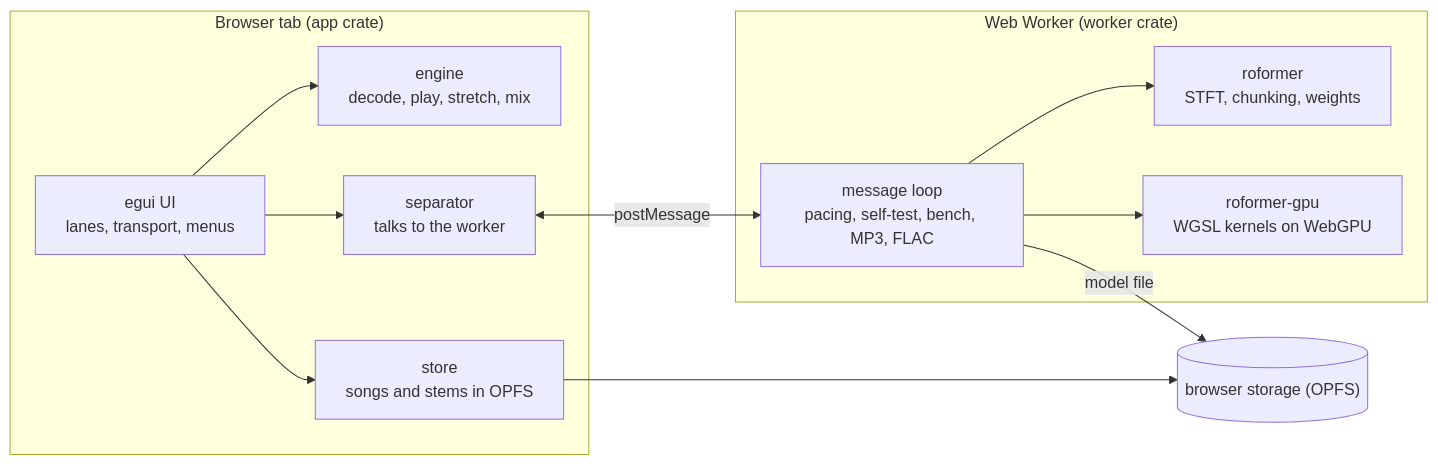
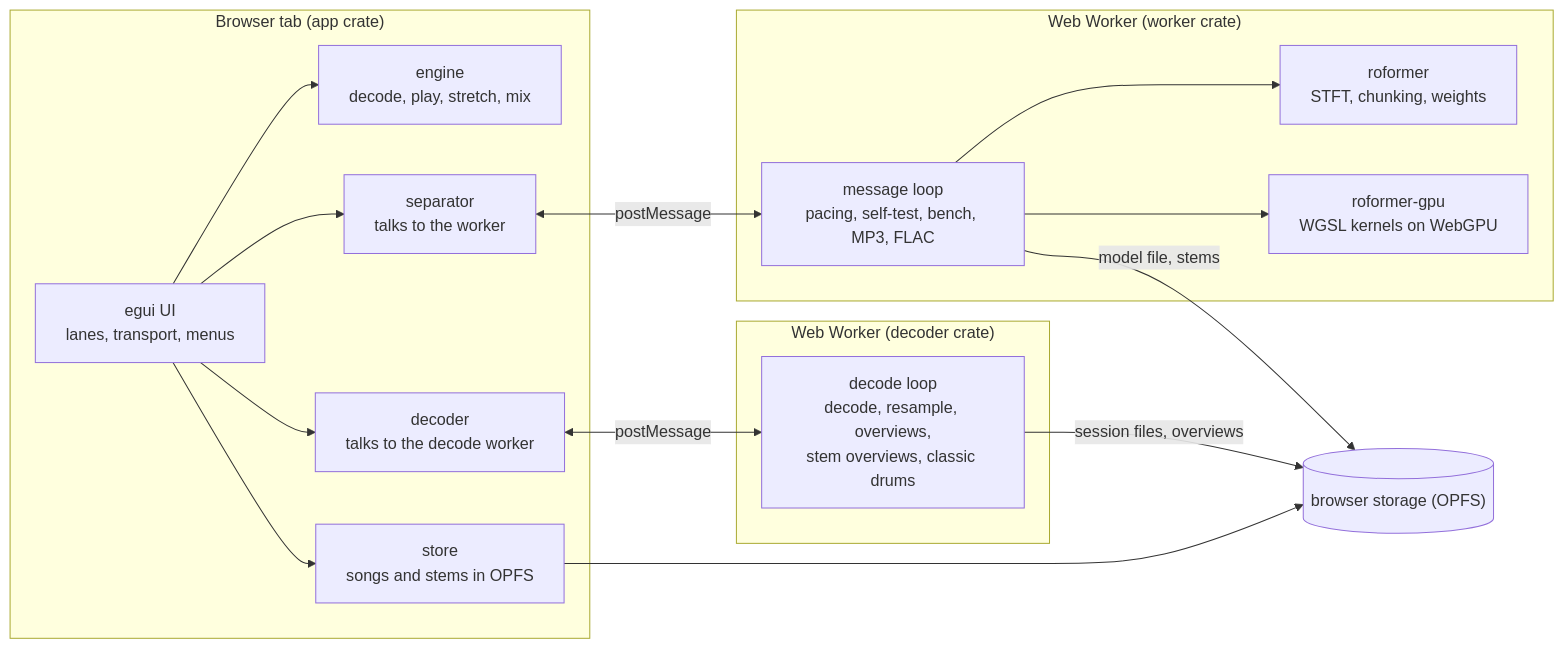
The first of 5 diagrams in docs/ARCHITECTURE.md (lloydmeta/stemyla), drawn with Mermaid before and after one commit. The commit also changed other lines of this file and 141 other files, not shown here.

First line of the commit message:
Stream a song from browser storage, so long songs separate on an iPhone (MEM-4, TD-54) (#39)

````diff
--- a/docs/ARCHITECTURE.md
+++ b/docs/ARCHITECTURE.md
@@ -5,22 +5,29 @@
 ```mermaid
 flowchart LR
   subgraph page["Browser tab (app crate)"]
     UI["egui UI<br/>lanes, transport, menus"]
     ENG["engine<br/>decode, play, stretch, mix"]
     STORE["store<br/>songs and stems in OPFS"]
     SEP["separator<br/>talks to the worker"]
+    DEC["decoder<br/>talks to the decode worker"]
+  end
+  subgraph decoder["Web Worker (decoder crate)"]
+    DW["decode loop<br/>decode, resample, overviews,<br/>stem overviews, classic drums"]
   end
   subgraph worker["Web Worker (worker crate)"]
     W["message loop<br/>pacing, self-test, bench, MP3, FLAC"]
     RF["roformer<br/>STFT, chunking, weights"]
     GPU["roformer-gpu<br/>WGSL kernels on WebGPU"]
   end
   UI --> ENG
   UI --> STORE
   UI --> SEP
+  UI --> DEC
   SEP <-->|postMessage| W
+  DEC <-->|postMessage| DW
+  DW -->|session files, overviews| OPFS
   W --> RF
   W --> GPU
-  W -->|model file| OPFS[("browser storage (OPFS)")]
+  W -->|model file, stems| OPFS[("browser storage (OPFS)")]
   STORE --> OPFS
 ```
````
